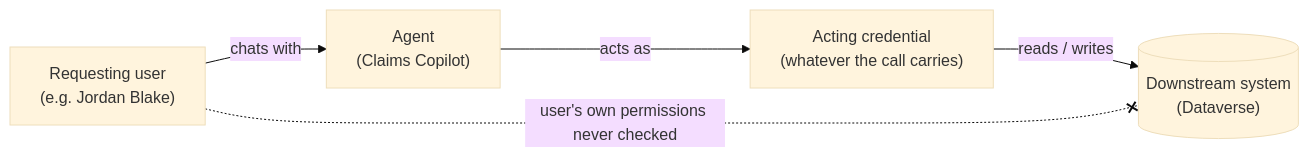
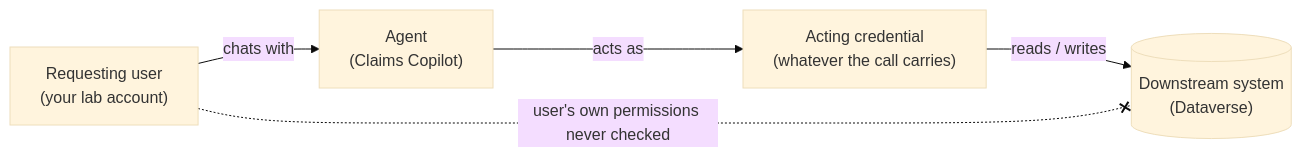
The diagram in docs/03_identity_and_effective_access/03_01.md (solliancenet/copilot-studio-shadow-agents-workshop), drawn with Mermaid (base theme) before and after one commit. The commit also changed other lines of this file and 3 other files, not shown here.

Commit message:
Exercise 03: tool credential decides who acts, legacy identities, your lab account, concrete checks instead of hedges

````diff
--- a/docs/03_identity_and_effective_access/03_01.md
+++ b/docs/03_identity_and_effective_access/03_01.md
@@ -133,7 +138,7 @@
 ```mermaid
 flowchart LR
-  U["Requesting user<br/>(e.g. Jordan Blake)"] -->|chats with| A["Agent<br/>(Claims Copilot)"]
+  U["Requesting user<br/>(your lab account)"] -->|chats with| A["Agent<br/>(Claims Copilot)"]
   A -->|acts as| S["Acting credential<br/>(whatever the call carries)"]
   S -->|reads / writes| D[("Downstream system<br/>(Dataverse)")]
   U -. "user's own permissions never checked" .-x D
 ```
````
